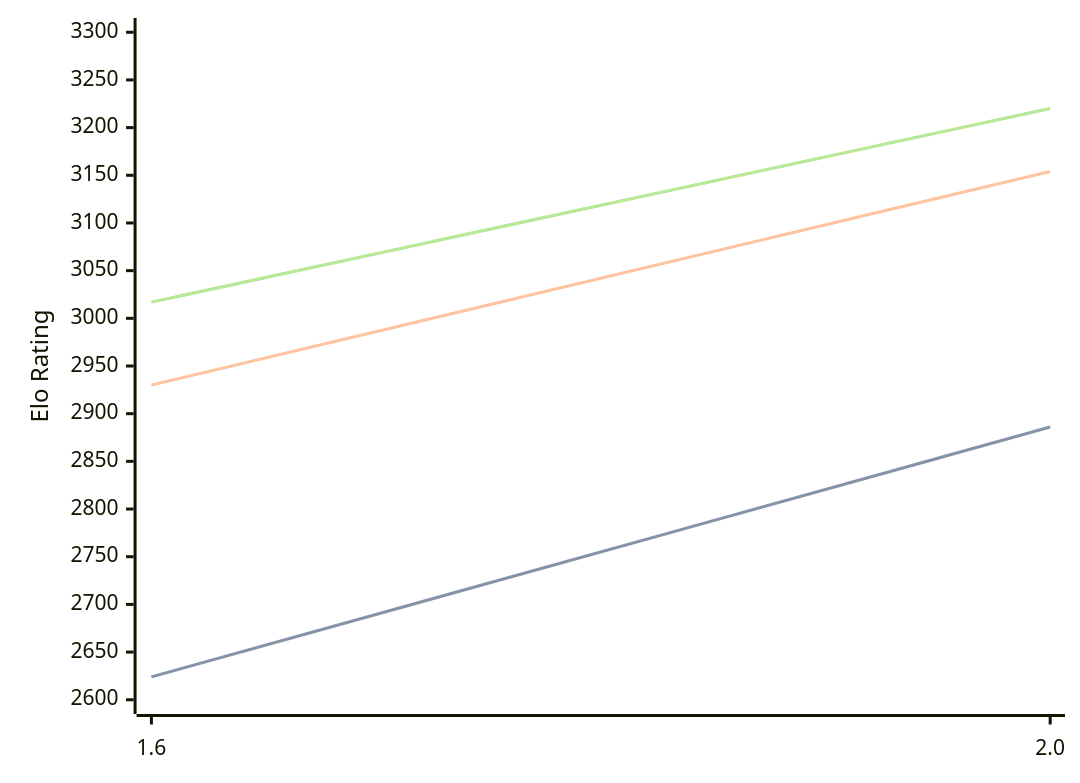
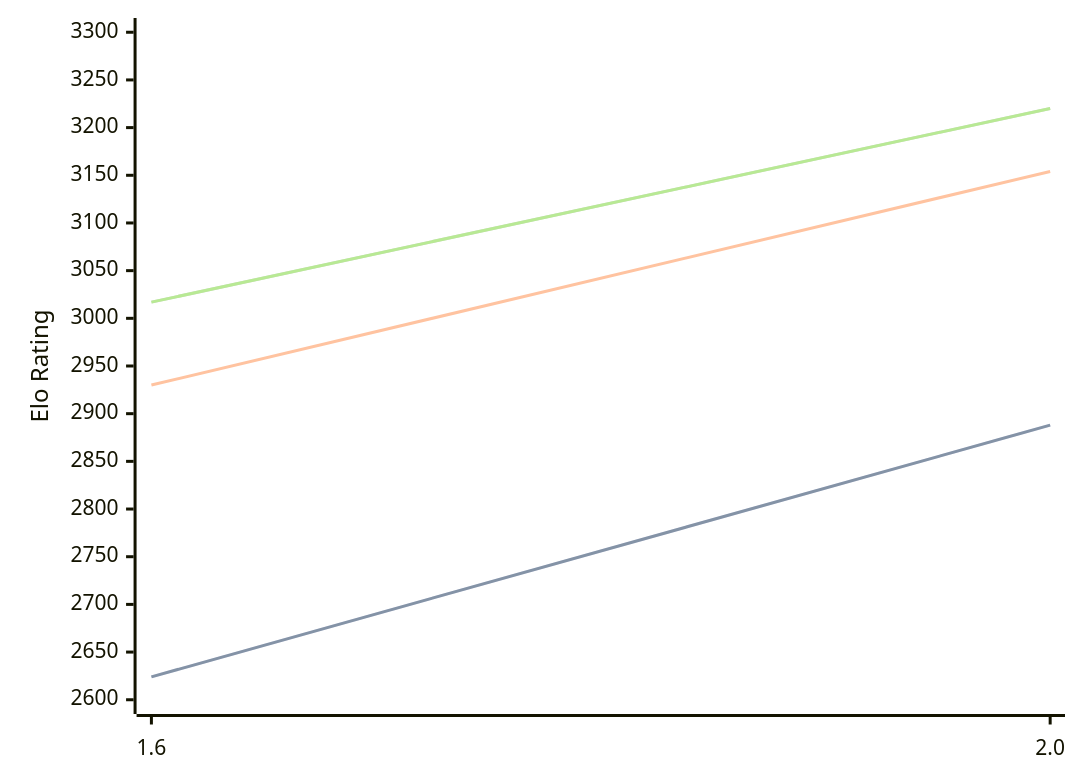
One commit to computer-chess-index/cci changed the diagram in engines/Onyx.md. Above: the diagram before and after it, drawn with Mermaid. The commit also changed other lines of this file, not shown here.

````diff
--- a/engines/Onyx.md
+++ b/engines/Onyx.md
@@ -32,11 +32,11 @@
 ```mermaid
 %%{init: {"theme":"base","themeVariables":{"seriesColors:['#a3a3a3','#222221','#faa371']}}}%%
 xychart-beta
   x-axis ["1.6", "2.0"]
   y-axis "Elo Rating" 2600 --> 3300
-  line "STC (8.0+0.08s)" [2624, 2886]
-  line "STC (8.0+0.08s)" [2624, 2886]
+  line "STC (8.0+0.08s)" [2624, 2888]
+  line "STC (8.0+0.08s)" [2624, 2888]
   line "LTC (60.0+0.60s)" [2930, 3154]
   line "VLTC (2m24s+1.12s)" [3017, 3220]
   line "VLTC (2m24s+1.12s)" [3017, 3220]
 ```
````
